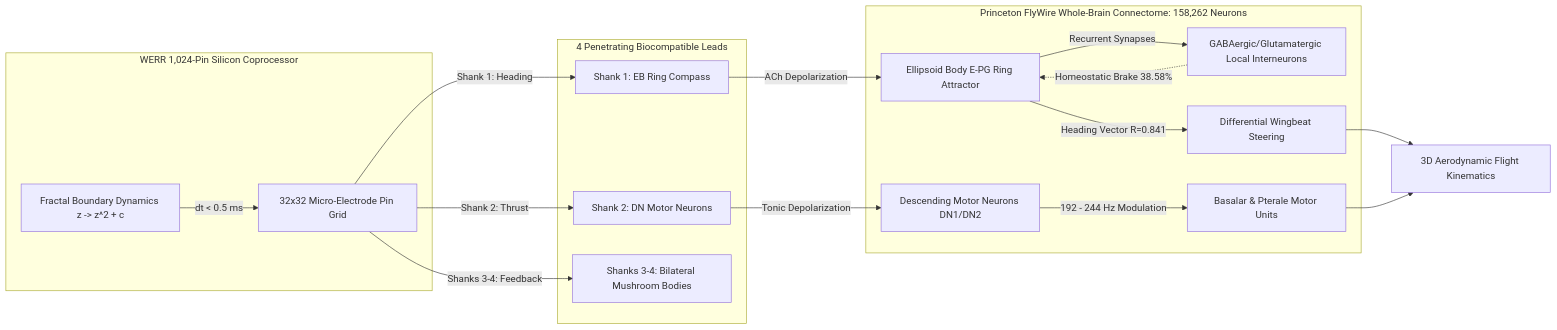
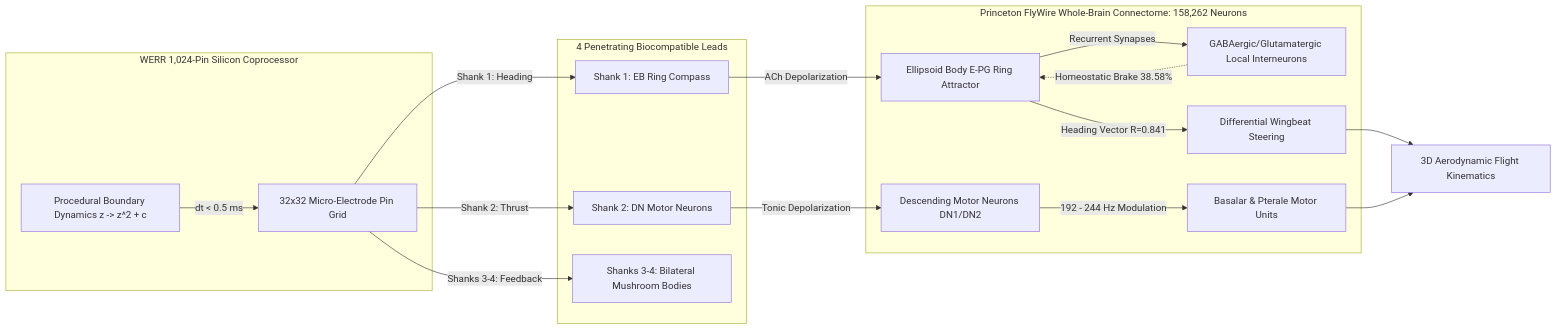
Before and after one commit to Lexovian/WerrSoma: the diagram in bioneural_werr_drosophila_paper.md, drawn with Mermaid. The commit also changed other lines of this file and 29 other files, not shown here.

Commit message:
refactor(terminology): standardize polynomial escape dynamics and procedural boundary terminology across bioneural paper, docs, and werrengine

````diff
--- a/bioneural_werr_drosophila_paper.md
+++ b/bioneural_werr_drosophila_paper.md
@@ -67,24 +67,24 @@
 ```mermaid
 graph LR
     subgraph WERR_Silicon_Implant [WERR 1,024-Pin Silicon Coprocessor]
-        Mandelbrot_Core[Fractal Boundary Dynamics z -> z^2 + c] -->|dt < 0.5 ms| Pin_Grid[32x32 Micro-Electrode Pin Grid]
+        Mandelbrot_Core[Procedural Boundary Dynamics z -> z^2 + c] -->|dt < 0.5 ms| Pin_Grid[32x32 Micro-Electrode Pin Grid]
     end
 
     subgraph Penetrating_Shanks [4 Penetrating Biocompatible Leads]
         Pin_Grid -->|Shank 1: Heading| Shank1[Shank 1: EB Ring Compass]
         Pin_Grid -->|Shank 2: Thrust| Shank2[Shank 2: DN Motor Neurons]
         Pin_Grid -->|Shanks 3-4: Feedback| Shank3[Shanks 3-4: Bilateral Mushroom Bodies]
     end
 
     subgraph Drosophila_Connectome [Princeton FlyWire Whole-Brain Connectome: 158,262 Neurons]
         Shank1 -->|ACh Depolarization| EB_Attractor[Ellipsoid Body E-PG Ring Attractor]
         Shank2 -->|Tonic Depolarization| DN_Pool[Descending Motor Neurons DN1/DN2]
         EB_Attractor -->|Recurrent Synapses| GABA_Network[GABAergic/Glutamatergic Local Interneurons]
         GABA_Network -.->|Homeostatic Brake 38.58%| EB_Attractor
         EB_Attractor -->|Heading Vector R=0.841| Steering_Control[Differential Wingbeat Steering]
         DN_Pool -->|192 - 244 Hz Modulation| Flight_Muscles[Basalar & Pterale Motor Units]
     end
 
     Steering_Control --> ClosedLoop_Kinematics[3D Aerodynamic Flight Kinematics]
     Flight_Muscles --> ClosedLoop_Kinematics
 ```
````
